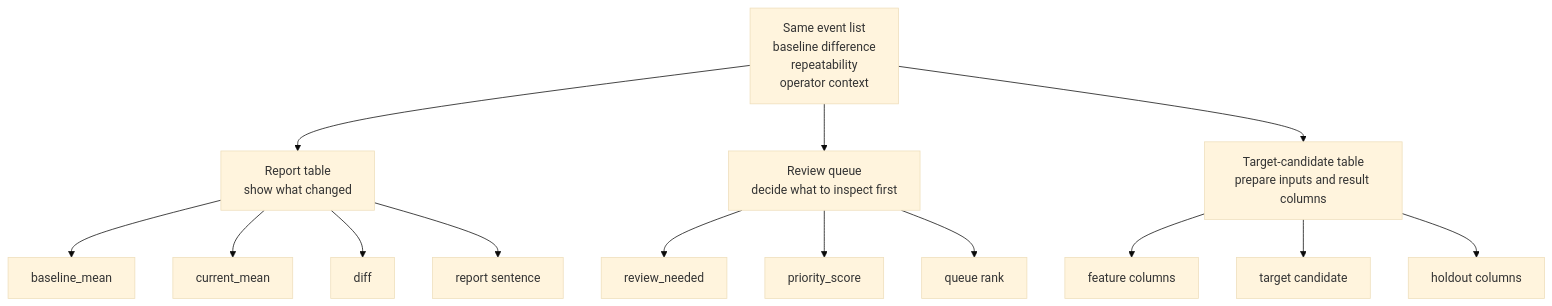
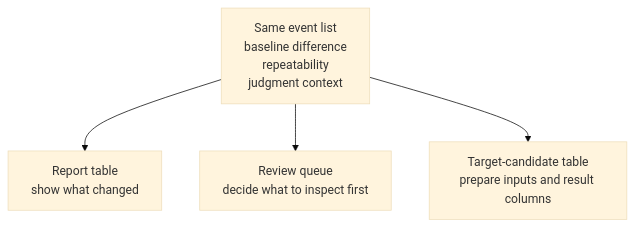
One commit to devchan64/AiBook changed the first of 2 diagrams in docs/en/parts/part-03/chapter-09/section-03.md. Above: the diagram before and after it, drawn with Mermaid (base theme). The commit also changed other lines of this file and 43 other files, not shown here.

````diff
--- a/docs/en/parts/part-03/chapter-09/section-03.md
+++ b/docs/en/parts/part-03/chapter-09/section-03.md
@@ -72,21 +72,9 @@
 ```mermaid
 flowchart TD
-    A[Same event list<br/>baseline difference<br/>repeatability<br/>operator context]
+    A[Same event list<br/>baseline difference<br/>repeatability<br/>judgment context]
 
     A --> B[Report table<br/>show what changed]
     A --> C[Review queue<br/>decide what to inspect first]
     A --> D[Target-candidate table<br/>prepare inputs and result columns]
 
-    B --> B1[baseline_mean]
-    B --> B2[current_mean]
-    B --> B3[diff]
-    B --> B4[report sentence]
-
-    C --> C1[review_needed]
-    C --> C2[priority_score]
-    C --> C3[queue rank]
-
-    D --> D1[feature columns]
-    D --> D2[target candidate]
-    D --> D3[holdout columns]
 ```
````
